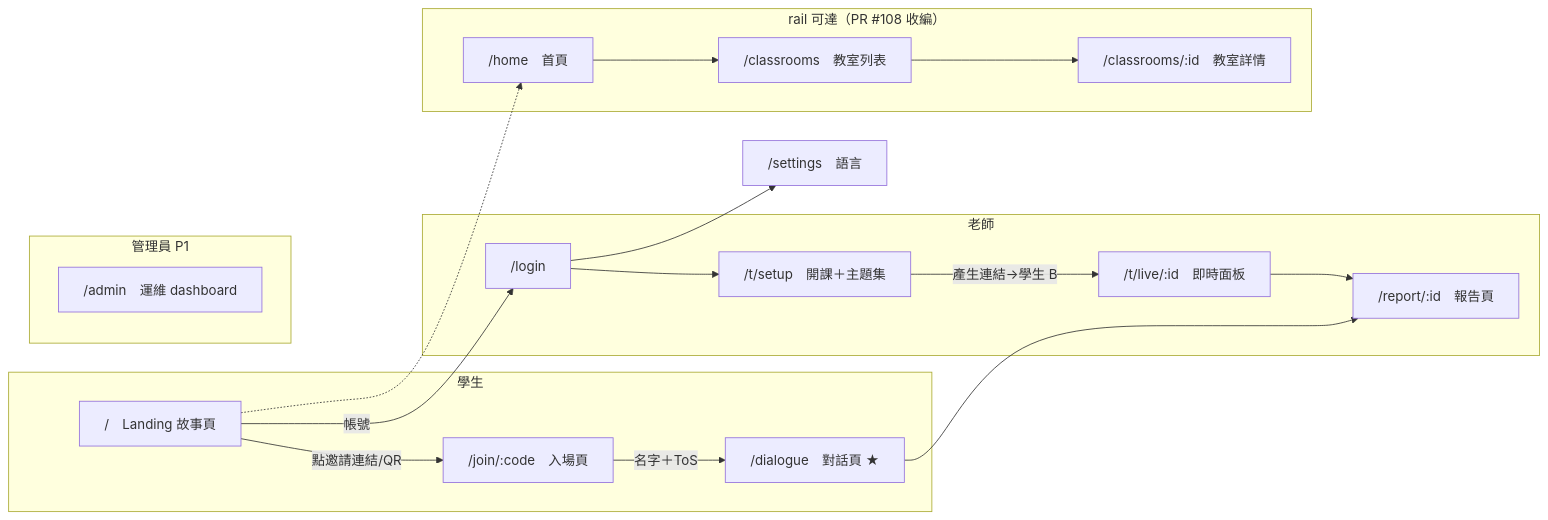
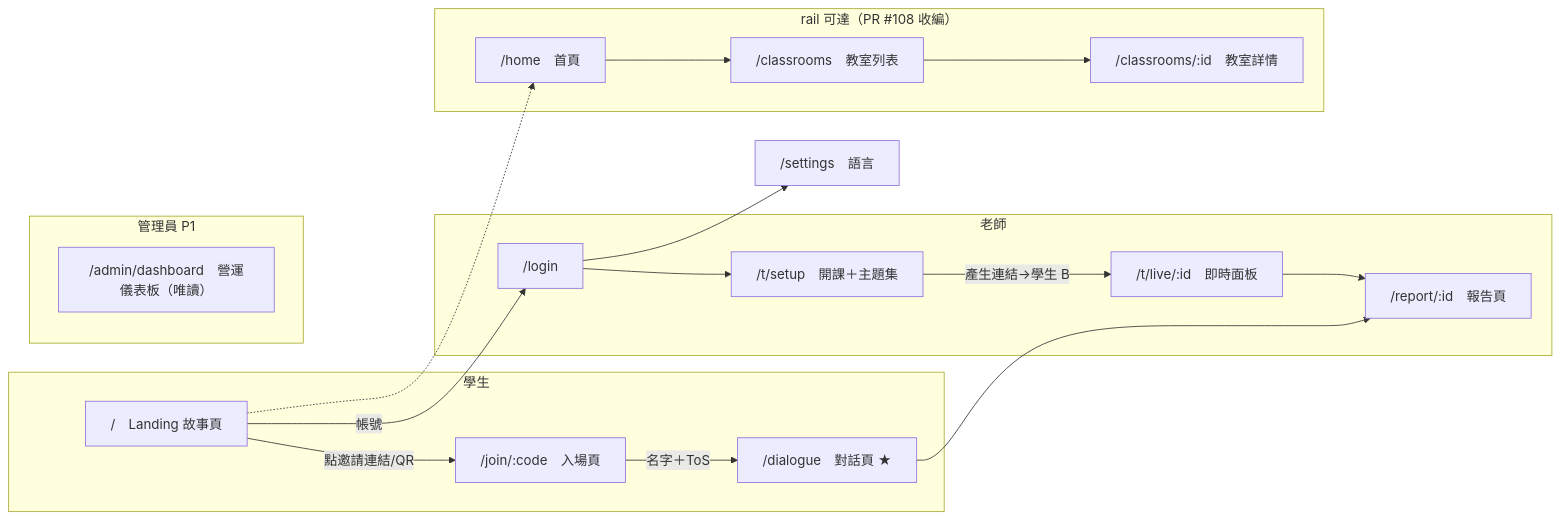
The diagram in docs/frontend.md (ntnu-swe-2026-team4/socrates-classroom), drawn with Mermaid before and after one commit. The commit also changed other lines of this file and 15 other files, not shown here.

First line of the commit message:
feat(web): add the /admin/dashboard page for the database overview

````diff
--- a/docs/frontend.md
+++ b/docs/frontend.md
@@ -15,23 +15,23 @@
 ```mermaid
 flowchart LR
     subgraph student[學生]
         A["/　Landing 故事頁"] -->|"點邀請連結/QR"| B["/join/:code　入場頁"]
         B -->|"名字＋ToS"| D["/dialogue　對話頁 ★"]
     end
     subgraph teacher[老師]
         A -->|帳號| C["/login"]
         C --> E["/t/setup　開課＋主題集"]
         E -->|"產生連結→學生 B"| F["/t/live/:id　即時面板"]
         F --> G["/report/:id　報告頁"]
     end
     D --> G
     C --> H["/settings　語言"]
     subgraph rail[rail 可達（PR #108 收編）]
         J["/home　首頁"] --> K["/classrooms　教室列表"]
         K --> L["/classrooms/:id　教室詳情"]
     end
     A -.-> J
     subgraph admin[管理員 P1]
-        I["/admin　運維 dashboard"]
+        I["/admin/dashboard　營運儀表板（唯讀）"]
     end
 ```
````
